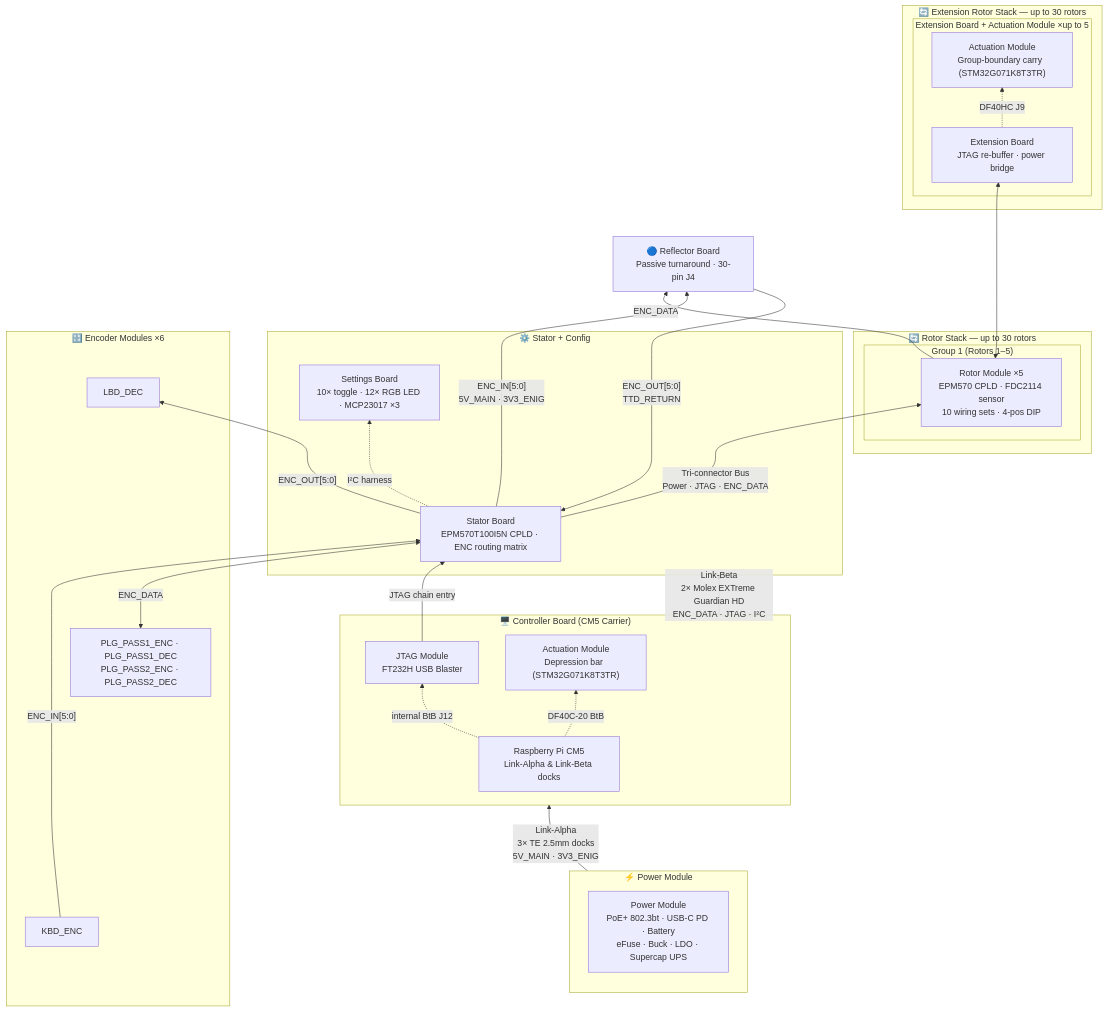
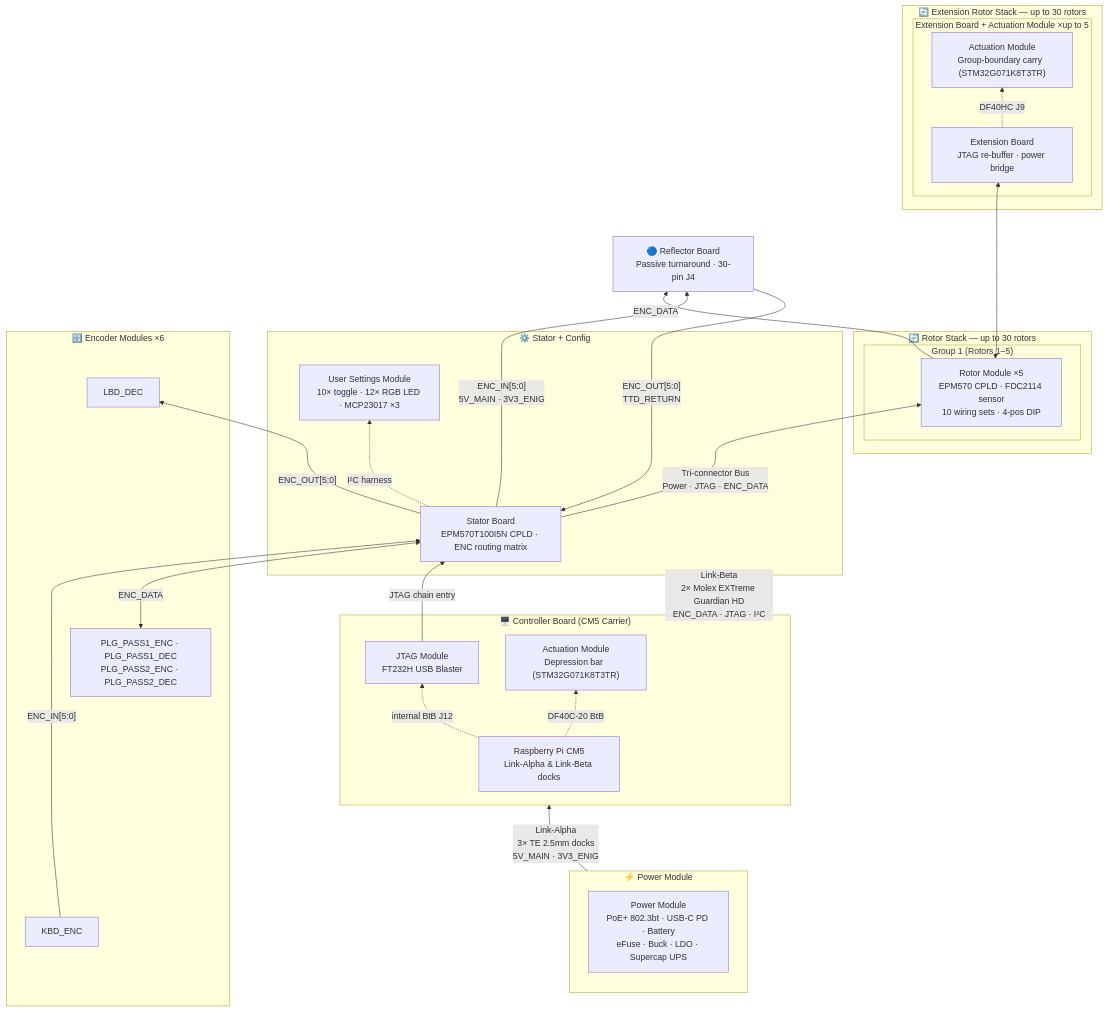
One commit to thepinkmile/Enigma-2026-AI changed the diagram in design/Electronics/Boards_Overview.md. Above: the diagram before and after it, drawn with Mermaid. The commit also changed other lines of this file and 42 other files, not shown here.

````diff
--- a/design/Electronics/Boards_Overview.md
+++ b/design/Electronics/Boards_Overview.md
@@ -23,59 +23,59 @@
 ```mermaid
 flowchart BT
     REF["🔵 Reflector Board<br>Passive turnaround · 30-pin J4"]
 
     subgraph RSTACK["🔄 Rotor Stack  — up to 30 rotors"]
         subgraph G1["Group 1  (Rotors 1–5)"]
             ROT["Rotor Module ×5<br>EPM570 CPLD · FDC2114 sensor<br>10 wiring sets · 4-pos DIP"]
         end
     end
 
     subgraph STATOR["⚙️ Stator + Config"]
         STA["Stator Board<br>EPM570T100I5N CPLD · ENC routing matrix"]
-        SET["Settings Board<br>10× toggle · 12× RGB LED · MCP23017 ×3"]
+        SET["User Settings Module<br>10× toggle · 12× RGB LED · MCP23017 ×3"]
         STA -. "I²C harness" .-> SET
     end
 
     subgraph PWR["⚡ Power Module"]
         PM["Power Module<br>PoE+ 802.3bt · USB-C PD · Battery<br>eFuse · Buck · LDO · Supercap UPS"]
     end
 
     subgraph ENCS["🔡 Encoder Modules  ×6"]
         KBD["KBD_ENC"]
         LBD["LBD_DEC"]
         PLG["PLG_PASS1_ENC · PLG_PASS1_DEC<br>PLG_PASS2_ENC · PLG_PASS2_DEC"]
     end
 
     subgraph CTRL["🖥️ Controller Board  (CM5 Carrier)"]
         CB["Raspberry Pi CM5<br>Link-Alpha & Link-Beta docks"]
         JTAG["JTAG Module<br>FT232H USB Blaster"]
         AM_C["Actuation Module<br>Depression bar  (STM32G071K8T3TR)"]
         CB -. "internal BtB J12" .-> JTAG
         CB -. "DF40C-20 BtB" .-> AM_C
     end
 
     subgraph EXTRSTACK["🔄 Extension Rotor Stack  — up to 30 rotors"]
         subgraph EXTG["Extension Board  +  Actuation Module  ×up to 5"]
             EXT["Extension Board<br>JTAG re-buffer · power bridge"]
             AME["Actuation Module<br>Group-boundary carry  (STM32G071K8T3TR)"]
             EXT -. "DF40HC J9" .-> AME
         end
     end
 
     REF ~~~ RSTACK ~~~ STATOR
     STATOR ~~~ PWR
     ENCS ~~~ CTRL
     EXTRSTACK ~~~ RSTACK
 
     PWR -- "Link-Alpha<br>3× TE 2.5mm docks<br>5V_MAIN · 3V3_ENIG" --> CTRL
     CTRL -- "Link-Beta<br>2× Molex EXTreme Guardian HD<br>ENC_DATA · JTAG · I²C" --> STATOR
     JTAG -- "JTAG chain entry" --> STA
     KBD -- "ENC_IN[5:0]" --> STA
     STA -- "ENC_OUT[5:0]" --> LBD
     PLG <-- "ENC_DATA" --> STA
     STA -- "Tri-connector Bus<br>Power · JTAG · ENC_DATA" --> ROT
     ROT -- "ENC_DATA" --> REF
     ROT <---> EXT
     REF -- "ENC_OUT[5:0]<br>TTD_RETURN" --> STA
     STA -- "ENC_IN[5:0]<br>5V_MAIN · 3V3_ENIG" --> REF
 ```
````
